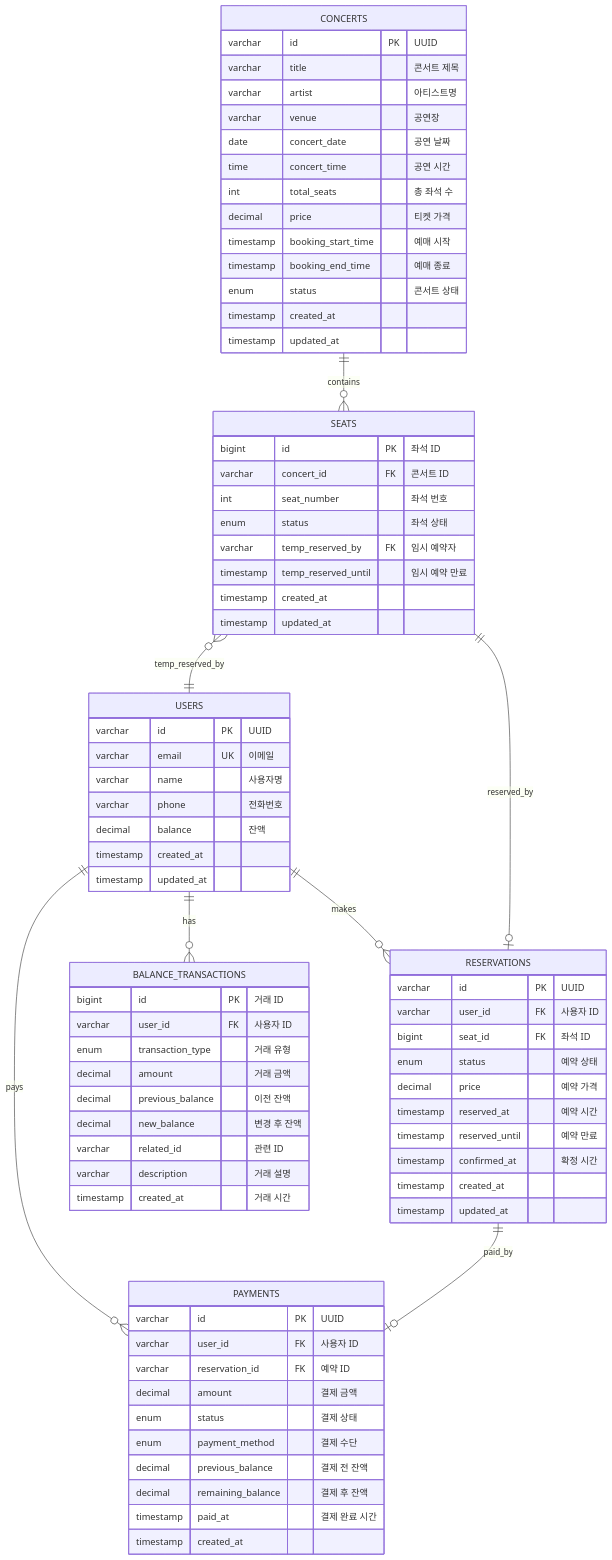
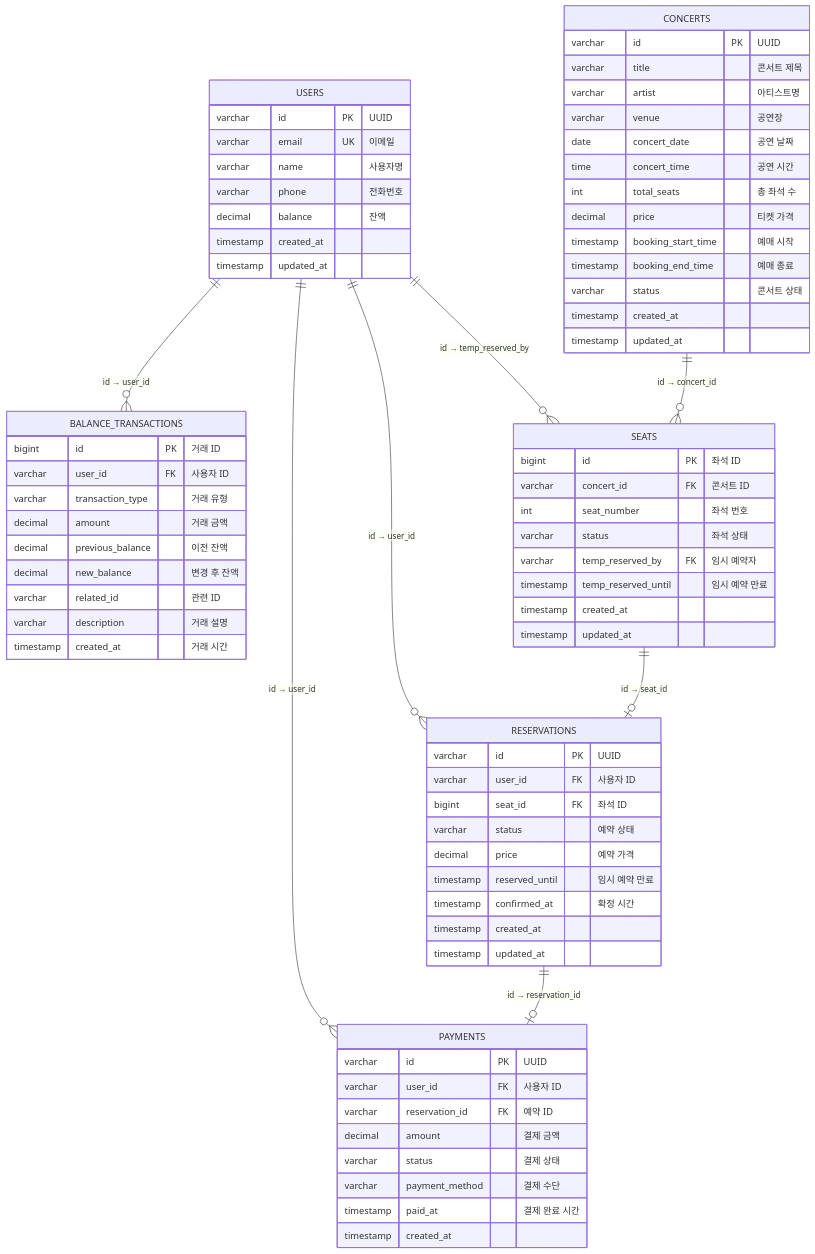
One commit to EeeasyCode/hhplus-project changed the diagram in docs/erd.md. Above: the diagram before and after it, drawn with Mermaid. The commit also changed other lines of this file and 2 other files, not shown here.

````diff
--- a/docs/erd.md
+++ b/docs/erd.md
@@ -194,15 +312,15 @@
 ```mermaid
 erDiagram
-    USERS ||--o{ RESERVATIONS : makes
-    USERS ||--o{ PAYMENTS : pays
-    USERS ||--o{ BALANCE_TRANSACTIONS : has
+    USERS ||--o{ RESERVATIONS : "id → user_id"
+    USERS ||--o{ PAYMENTS : "id → user_id"
+    USERS ||--o{ BALANCE_TRANSACTIONS : "id → user_id"
+    USERS ||--o{ SEATS : "id → temp_reserved_by"
 
-    CONCERTS ||--o{ SEATS : contains
+    CONCERTS ||--o{ SEATS : "id → concert_id"
 
-    SEATS ||--o| RESERVATIONS : reserved_by
-    SEATS }o--|| USERS : temp_reserved_by
+    SEATS ||--o| RESERVATIONS : "id → seat_id"
 
-    RESERVATIONS ||--o| PAYMENTS : paid_by
+    RESERVATIONS ||--o| PAYMENTS : "id → reservation_id"
 
     USERS {
         varchar id PK "UUID"
@@ -225,7 +343,7 @@
         decimal price "티켓 가격"
         timestamp booking_start_time "예매 시작"
         timestamp booking_end_time "예매 종료"
-        enum status "콘서트 상태"
+        varchar status "콘서트 상태"
         timestamp created_at
         timestamp updated_at
     }
@@ -234,7 +352,7 @@
         bigint id PK "좌석 ID"
         varchar concert_id FK "콘서트 ID"
         int seat_number "좌석 번호"
-        enum status "좌석 상태"
+        varchar status "좌석 상태"
         varchar temp_reserved_by FK "임시 예약자"
         timestamp temp_reserved_until "임시 예약 만료"
         timestamp created_at
@@ -245,10 +363,9 @@
         varchar id PK "UUID"
         varchar user_id FK "사용자 ID"
         bigint seat_id FK "좌석 ID"
-        enum status "예약 상태"
+        varchar status "예약 상태"
         decimal price "예약 가격"
-        timestamp reserved_at "예약 시간"
-        timestamp reserved_until "예약 만료"
+        timestamp reserved_until "임시 예약 만료"
         timestamp confirmed_at "확정 시간"
         timestamp created_at
         timestamp updated_at
@@ -259,10 +376,8 @@
         varchar user_id FK "사용자 ID"
         varchar reservation_id FK "예약 ID"
         decimal amount "결제 금액"
-        enum status "결제 상태"
-        enum payment_method "결제 수단"
-        decimal previous_balance "결제 전 잔액"
-        decimal remaining_balance "결제 후 잔액"
+        varchar status "결제 상태"
+        varchar payment_method "결제 수단"
         timestamp paid_at "결제 완료 시간"
         timestamp created_at
     }
@@ -270,7 +385,7 @@
     BALANCE_TRANSACTIONS {
         bigint id PK "거래 ID"
         varchar user_id FK "사용자 ID"
-        enum transaction_type "거래 유형"
+        varchar transaction_type "거래 유형"
         decimal amount "거래 금액"
         decimal previous_balance "이전 잔액"
         decimal new_balance "변경 후 잔액"
````
